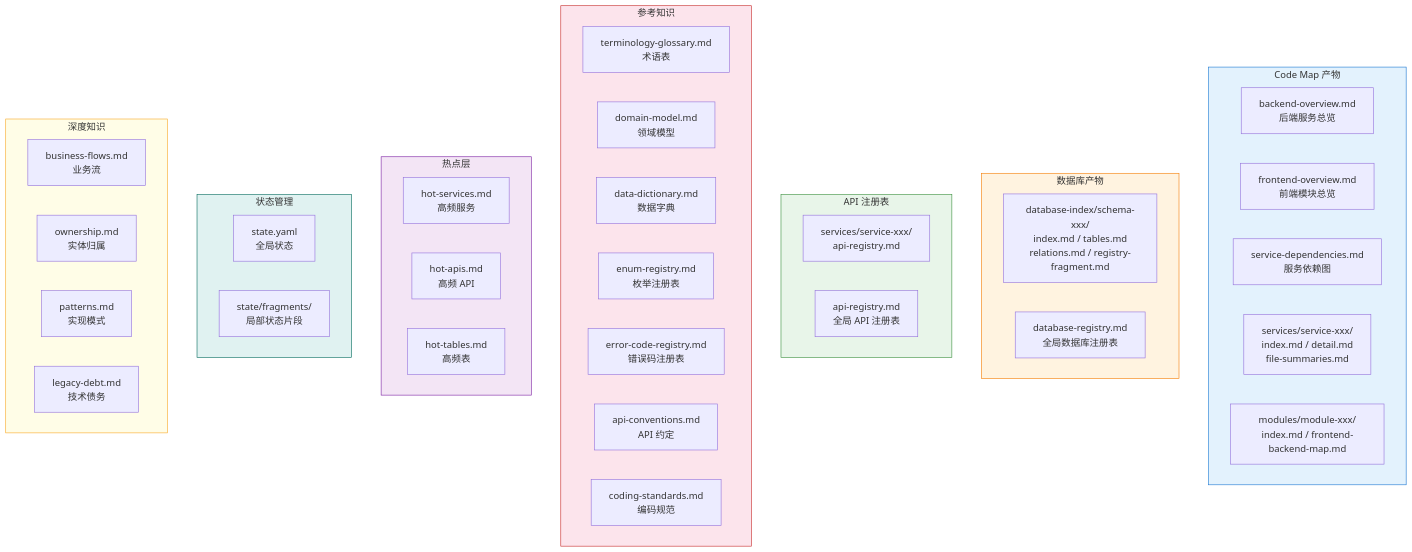
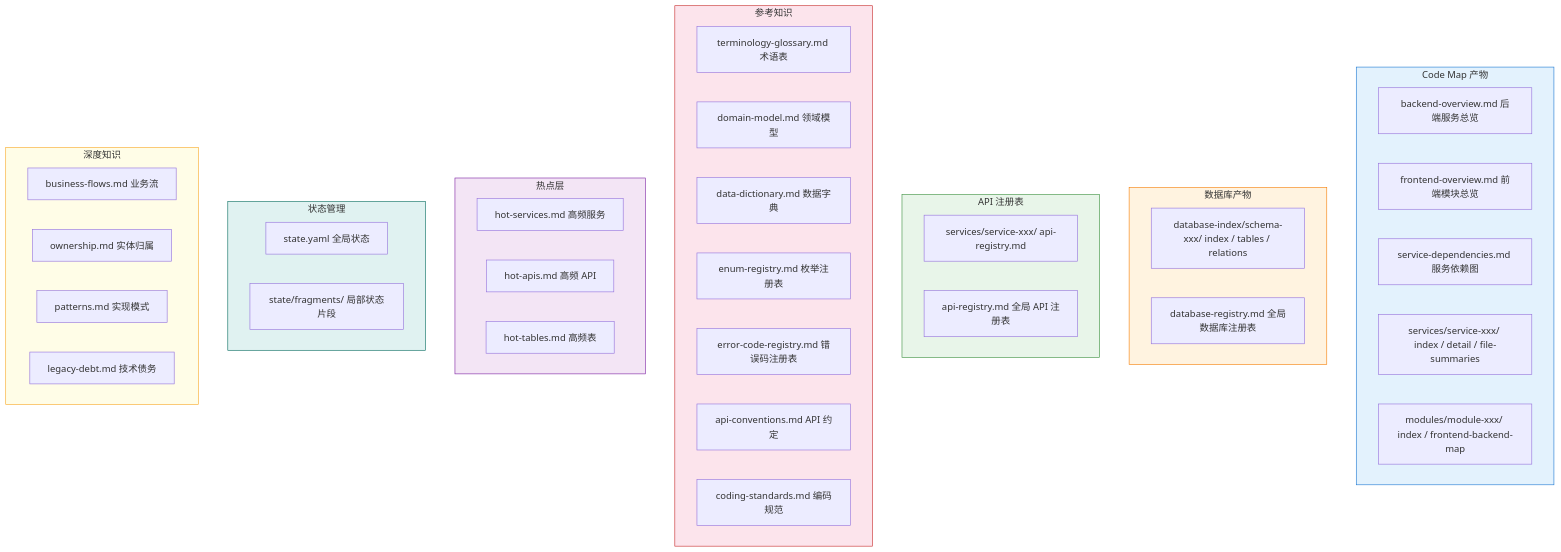
The third of 4 diagrams in mes-ai-dev/workspace/training/01-phase-init-flowchart.md (mes-openai/mes-ai-dev), drawn with Mermaid before and after one commit. The commit also changed other lines of this file and 12 other files, not shown here.

Commit message:
重新生成阶段流程图

````diff
--- a/mes-ai-dev/workspace/training/01-phase-init-flowchart.md
+++ b/mes-ai-dev/workspace/training/01-phase-init-flowchart.md
@@ -164,56 +161,56 @@
 ```mermaid
 flowchart TB
-    subgraph CODE_MAP["Code Map 产物"]
-        CM1[backend-overview.md<br/>后端服务总览]
-        CM2[frontend-overview.md<br/>前端模块总览]
-        CM3[service-dependencies.md<br/>服务依赖图]
-        CM4[services/service-xxx/<br/>index.md / detail.md<br/>file-summaries.md]
-        CM5[modules/module-xxx/<br/>index.md / frontend-backend-map.md]
+    subgraph CODE_MAP ["Code Map 产物"]
+        CM1["backend-overview.md 后端服务总览"]
+        CM2["frontend-overview.md 前端模块总览"]
+        CM3["service-dependencies.md 服务依赖图"]
+        CM4["services/service-xxx/ index / detail / file-summaries"]
+        CM5["modules/module-xxx/ index / frontend-backend-map"]
     end
 
-    subgraph DATABASE["数据库产物"]
-        DB1[database-index/schema-xxx/<br/>index.md / tables.md<br/>relations.md / registry-fragment.md]
-        DB2[database-registry.md<br/>全局数据库注册表]
+    subgraph DATABASE ["数据库产物"]
+        DB1["database-index/schema-xxx/ index / tables / relations"]
+        DB2["database-registry.md 全局数据库注册表"]
     end
 
-    subgraph API_REG["API 注册表"]
-        API1[services/service-xxx/<br/>api-registry.md]
-        API2[api-registry.md<br/>全局 API 注册表]
+    subgraph API_REG ["API 注册表"]
+        API1["services/service-xxx/ api-registry.md"]
+        API2["api-registry.md 全局 API 注册表"]
     end
 
-    subgraph REFERENCE["参考知识"]
-        REF1[terminology-glossary.md<br/>术语表]
-        REF2[domain-model.md<br/>领域模型]
-        REF3[data-dictionary.md<br/>数据字典]
-        REF4[enum-registry.md<br/>枚举注册表]
-        REF5[error-code-registry.md<br/>错误码注册表]
-        REF6[api-conventions.md<br/>API 约定]
-        REF7[coding-standards.md<br/>编码规范]
+    subgraph REFERENCE ["参考知识"]
+        REF1["terminology-glossary.md 术语表"]
+        REF2["domain-model.md 领域模型"]
+        REF3["data-dictionary.md 数据字典"]
+        REF4["enum-registry.md 枚举注册表"]
+        REF5["error-code-registry.md 错误码注册表"]
+        REF6["api-conventions.md API 约定"]
+        REF7["coding-standards.md 编码规范"]
     end
 
-    subgraph HOT["热点层"]
-        H1[hot-services.md<br/>高频服务]
-        H2[hot-apis.md<br/>高频 API]
-        H3[hot-tables.md<br/>高频表]
+    subgraph HOT ["热点层"]
+        H1["hot-services.md 高频服务"]
+        H2["hot-apis.md 高频 API"]
+        H3["hot-tables.md 高频表"]
     end
 
-    subgraph STATE["状态管理"]
-        S1[state.yaml<br/>全局状态]
-        S2[state/fragments/<br/>局部状态片段]
+    subgraph STATE ["状态管理"]
+        S1["state.yaml 全局状态"]
+        S2["state/fragments/ 局部状态片段"]
     end
 
-    subgraph KNOWLEDGE["深度知识"]
-        K1[business-flows.md<br/>业务流]
-        K2[ownership.md<br/>实体归属]
-        K3[patterns.md<br/>实现模式]
-        K4[legacy-debt.md<br/>技术债务]
+    subgraph KNOWLEDGE ["深度知识"]
+        K1["business-flows.md 业务流"]
+        K2["ownership.md 实体归属"]
+        K3["patterns.md 实现模式"]
+        K4["legacy-debt.md 技术债务"]
     end
 
     style CODE_MAP fill:#E3F2FD,stroke:#1976D2
     style DATABASE fill:#FFF3E0,stroke:#F57C00
     style API_REG fill:#E8F5E9,stroke:#388E3C
     style REFERENCE fill:#FCE4EC,stroke:#C62828
     style HOT fill:#F3E5F5,stroke:#7B1FA2
     style STATE fill:#E0F2F1,stroke:#00695C
     style KNOWLEDGE fill:#FFFDE7,stroke:#F9A825
 ```
````
